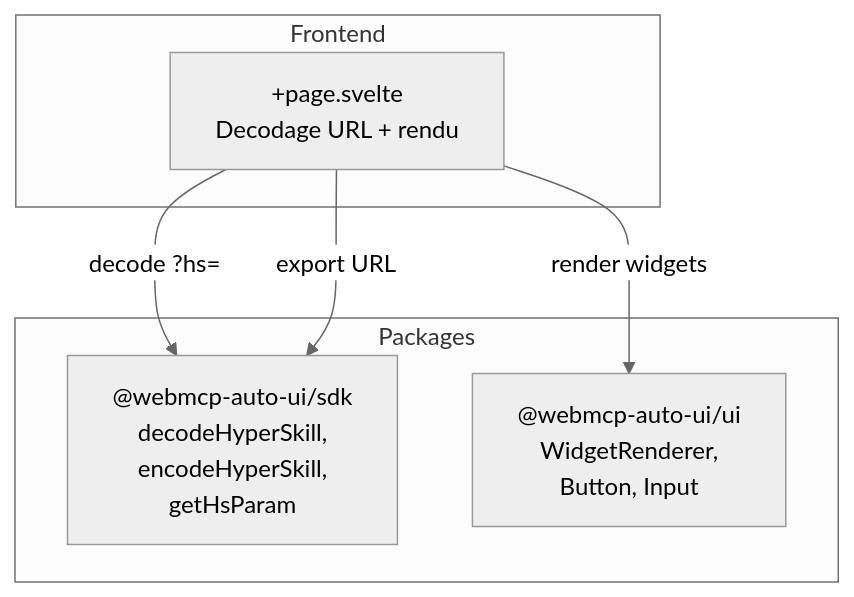
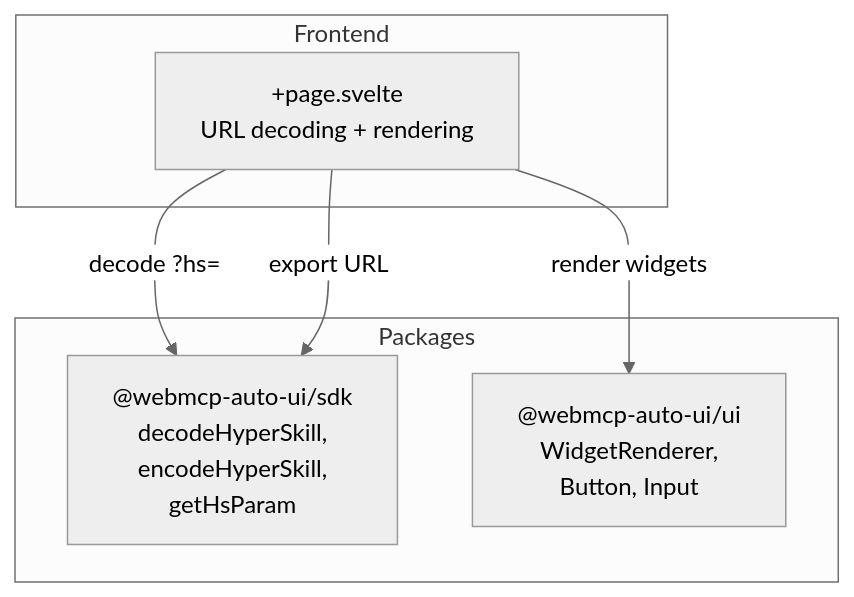
Before and after one commit to jeanbaptiste/webmcp-auto-ui: the diagram in docs/starlight/src/content/docs/apps/viewer.md, drawn with Mermaid (neutral theme). The commit also changed other lines of this file and 94 other files, not shown here.

````diff
--- a/docs/starlight/src/content/docs/apps/viewer.md
+++ b/docs/starlight/src/content/docs/apps/viewer.md
@@ -25,15 +25,15 @@
 ```mermaid
 graph TD
     subgraph Frontend
-        Page["+page.svelte<br/>Decodage URL + rendu"]
+        Page["+page.svelte<br/>URL decoding + rendering"]
     end
 
     subgraph Packages
         SDK["@webmcp-auto-ui/sdk<br/>decodeHyperSkill,<br/>encodeHyperSkill,<br/>getHsParam"]
         UI["@webmcp-auto-ui/ui<br/>WidgetRenderer,<br/>Button, Input"]
     end
 
     Page -->|decode ?hs=| SDK
     Page -->|render widgets| UI
     Page -->|export URL| SDK
 ```
````
